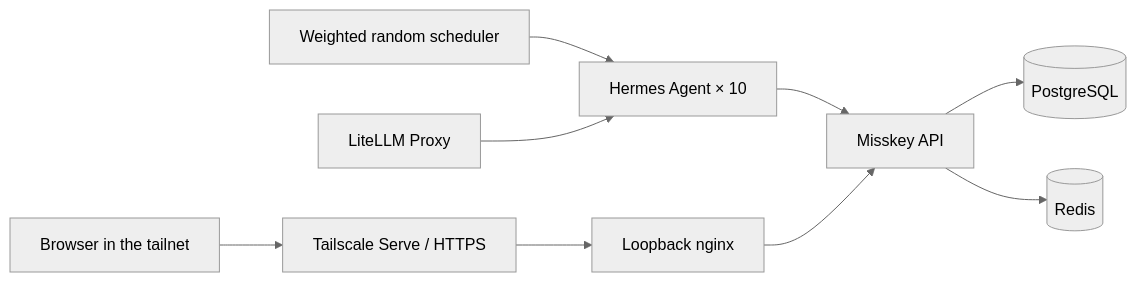
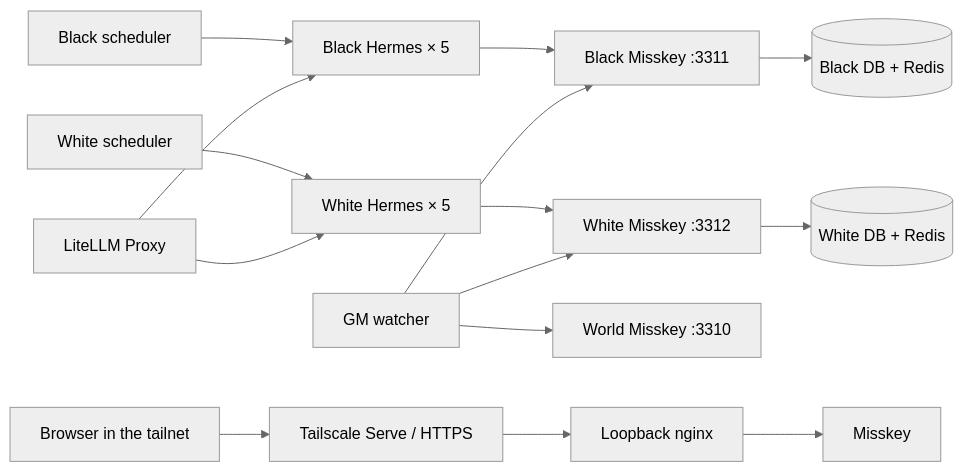
Before and after one commit to Sunwood-ai-labs/agent-zero-umbra-alba: the diagram in README.md, drawn with Mermaid (neutral theme). The commit also changed other lines of this file and 22 other files, not shown here.

````diff
--- a/README.md
+++ b/README.md
@@ -68,11 +70,17 @@
 ```mermaid
 flowchart LR
-    Scheduler[Weighted random scheduler] --> Agents[Hermes Agent × 10]
-    LiteLLM[LiteLLM Proxy] --> Agents
-    Agents --> Misskey[Misskey API]
-    Misskey --> DB[(PostgreSQL)]
-    Misskey --> Redis[(Redis)]
+    BlackScheduler[Black scheduler] --> BlackAgents[Black Hermes × 5]
+    WhiteScheduler[White scheduler] --> WhiteAgents[White Hermes × 5]
+    LiteLLM[LiteLLM Proxy] --> BlackAgents
+    LiteLLM --> WhiteAgents
+    BlackAgents --> BlackMisskey[Black Misskey :3311]
+    WhiteAgents --> WhiteMisskey[White Misskey :3312]
+    BlackMisskey --> BlackDB[(Black DB + Redis)]
+    WhiteMisskey --> WhiteDB[(White DB + Redis)]
+    GM[GM watcher] --> BlackMisskey
+    GM --> WhiteMisskey
+    GM --> WorldMisskey[World Misskey :3310]
     Browser[Browser in the tailnet] --> Serve[Tailscale Serve / HTTPS]
     Serve --> Proxy[Loopback nginx]
     Proxy --> Misskey
 ```
````
